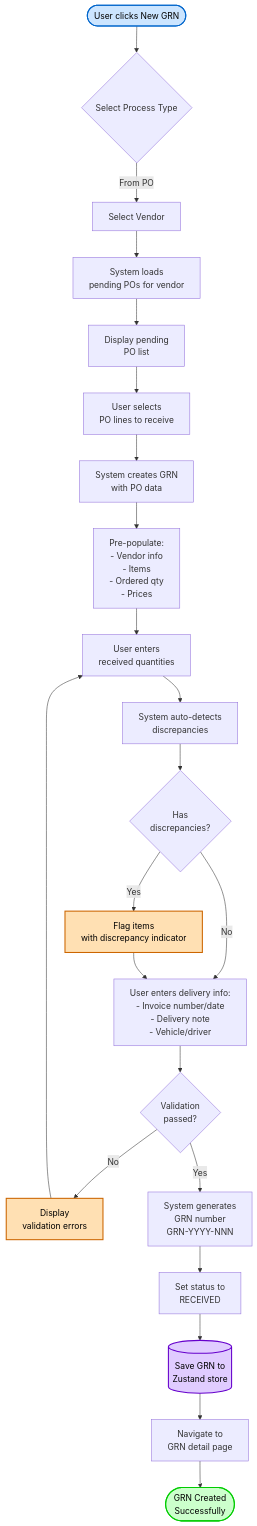
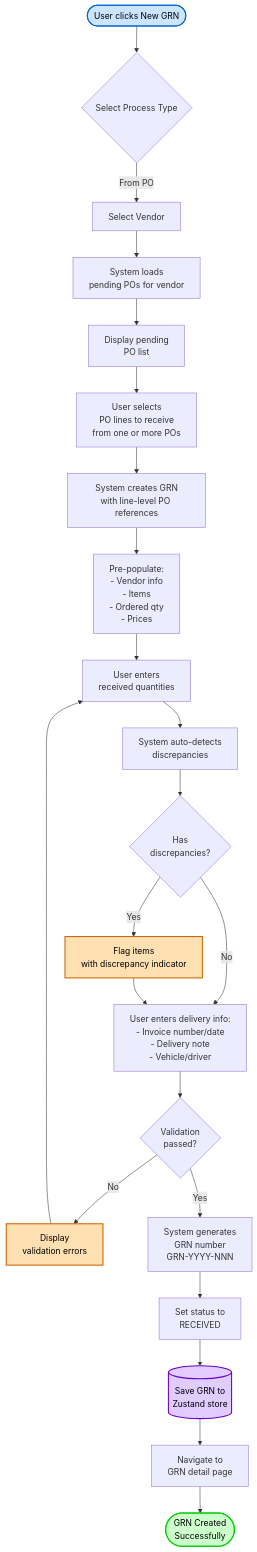
The first of 6 diagrams in docs/app/procurement/goods-received-notes/FD-goods-received-note.md (CarmenSoftware-organization/carmen), drawn with Mermaid before and after one commit. The commit also changed other lines of this file and 32 other files, not shown here.

````diff
--- a/docs/app/procurement/goods-received-notes/FD-goods-received-note.md
+++ b/docs/app/procurement/goods-received-notes/FD-goods-received-note.md
@@ -52,38 +54,38 @@
 ```mermaid
 flowchart TD
     Start([User clicks New GRN]) --> Select{Select Process Type}
     Select -->|From PO| VendorSelect[Select Vendor]
 
     VendorSelect --> LoadPOs[System loads<br/>pending POs for vendor]
     LoadPOs --> DisplayPOs[Display pending<br/>PO list]
 
-    DisplayPOs --> SelectPO[User selects<br/>PO lines to receive]
-    SelectPO --> CreateGRN[System creates GRN<br/>with PO data]
+    DisplayPOs --> SelectPO[User selects<br/>PO lines to receive<br/>from one or more POs]
+    SelectPO --> CreateGRN[System creates GRN<br/>with line-level PO references]
 
     CreateGRN --> PrePopulate[Pre-populate:<br/>- Vendor info<br/>- Items<br/>- Ordered qty<br/>- Prices]
 
     PrePopulate --> EnterQty[User enters<br/>received quantities]
     EnterQty --> AutoDisc[System auto-detects<br/>discrepancies]
 
     AutoDisc --> CheckDisc{Has<br/>discrepancies?}
     CheckDisc -->|Yes| FlagItems[Flag items<br/>with discrepancy indicator]
     CheckDisc -->|No| EnterDelivery
     FlagItems --> EnterDelivery[User enters delivery info:<br/>- Invoice number/date<br/>- Delivery note<br/>- Vehicle/driver]
 
     EnterDelivery --> Validate{Validation<br/>passed?}
     Validate -->|No| ShowErrors[Display<br/>validation errors]
     ShowErrors --> EnterQty
 
     Validate -->|Yes| GenNumber[System generates<br/>GRN number<br/>GRN-YYYY-NNN]
     GenNumber --> SetStatus[Set status to<br/>RECEIVED]
 
     SetStatus --> SaveGRN[(Save GRN to<br/>Zustand store)]
     SaveGRN --> NavDetail[Navigate to<br/>GRN detail page]
     NavDetail --> Success([GRN Created<br/>Successfully])
 
     style Start fill:#cce5ff,stroke:#0066cc,stroke-width:2px,color:#000
     style Success fill:#ccffcc,stroke:#00cc00,stroke-width:2px,color:#000
     style ShowErrors fill:#ffe0b3,stroke:#cc6600,stroke-width:2px,color:#000
     style FlagItems fill:#ffe0b3,stroke:#cc6600,stroke-width:2px,color:#000
     style SaveGRN fill:#e0ccff,stroke:#6600cc,stroke-width:2px,color:#000
 ```
````
